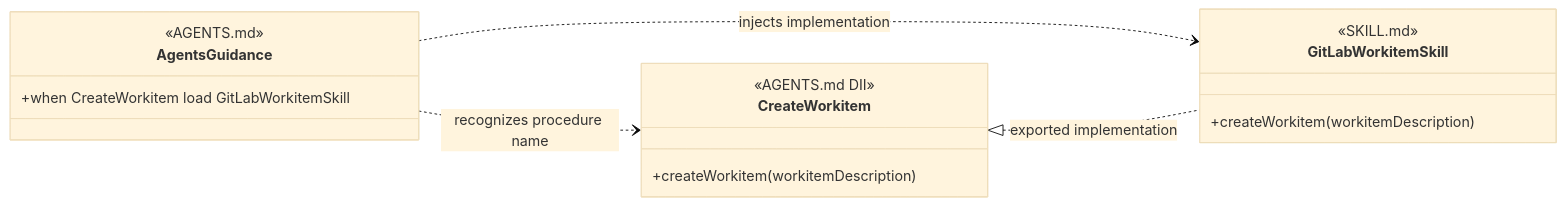
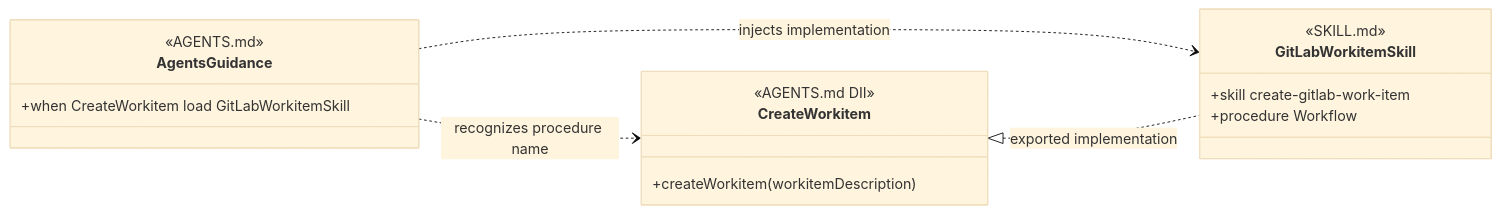
The sixth of 11 diagrams in design/object-oriented-agent-and-skill-model.md (martinbechard/dev-methodology), drawn with Mermaid (base theme) before and after one commit. The commit also changed other lines of this file and 12 other files, not shown here.

````diff
--- a/design/object-oriented-agent-and-skill-model.md
+++ b/design/object-oriented-agent-and-skill-model.md
@@ -317,24 +340,25 @@
 ```mermaid
 classDiagram
     direction LR
 
     class CreateWorkitem {
         <<AGENTS.md DII>>
         +createWorkitem(workitemDescription)
     }
 
     class AgentsGuidance {
         <<AGENTS.md>>
         +when CreateWorkitem load GitLabWorkitemSkill
     }
 
     class GitLabWorkitemSkill {
         <<SKILL.md>>
         <<Injectable Skill>>
-        +createWorkitem(workitemDescription)
+        +skill create-gitlab-work-item
+        +procedure Workflow
     }
 
     AgentsGuidance ..> CreateWorkitem : recognizes procedure name
     AgentsGuidance ..> GitLabWorkitemSkill : injects implementation
     CreateWorkitem <|.. GitLabWorkitemSkill : exported implementation
 ```
````
